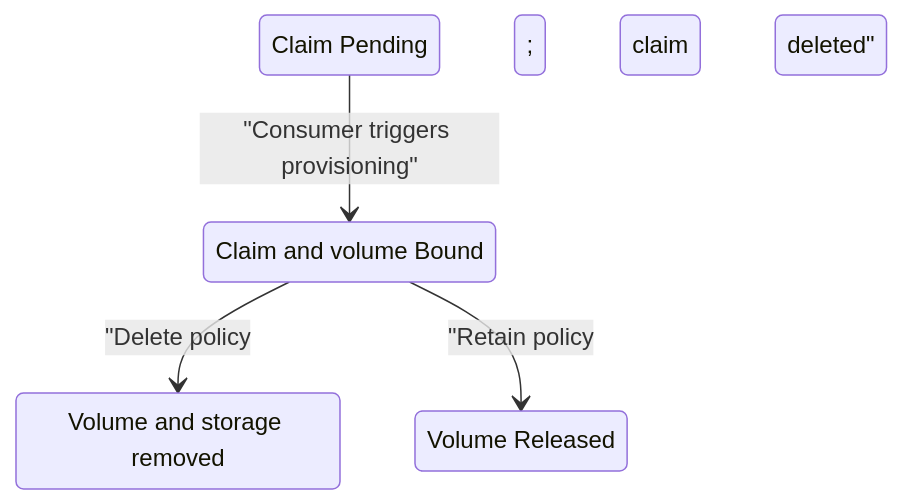
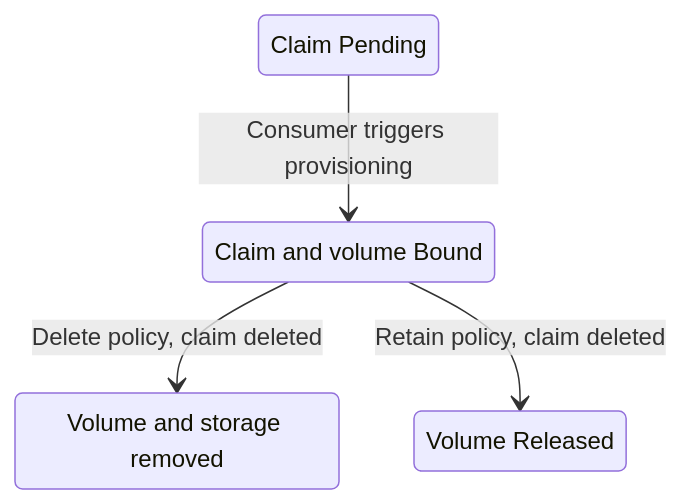
Before and after one commit to astrona-io/ATS017: the diagram in sections/section-020/module-03/course-04-delete-and-retain-reclaim-policies.md, drawn with Mermaid. The commit also changed 1 other file, not shown here.

Commit message:
fix(section-020): drop literal quotes and semicolons in two Mermaid diagrams

````diff
--- a/sections/section-020/module-03/course-04-delete-and-retain-reclaim-policies.md
+++ b/sections/section-020/module-03/course-04-delete-and-retain-reclaim-policies.md
@@ -151,10 +151,10 @@
 ```mermaid
 stateDiagram-v2
     state "Claim Pending" as Pending
     state "Claim and volume Bound" as Bound
     state "Volume Released" as Released
     state "Volume and storage removed" as Removed
-    Pending --> Bound: "Consumer triggers provisioning"
-    Bound --> Removed: "Delete policy; claim deleted"
-    Bound --> Released: "Retain policy; claim deleted"
+    Pending --> Bound: Consumer triggers provisioning
+    Bound --> Removed: Delete policy, claim deleted
+    Bound --> Released: Retain policy, claim deleted
 ```
````
